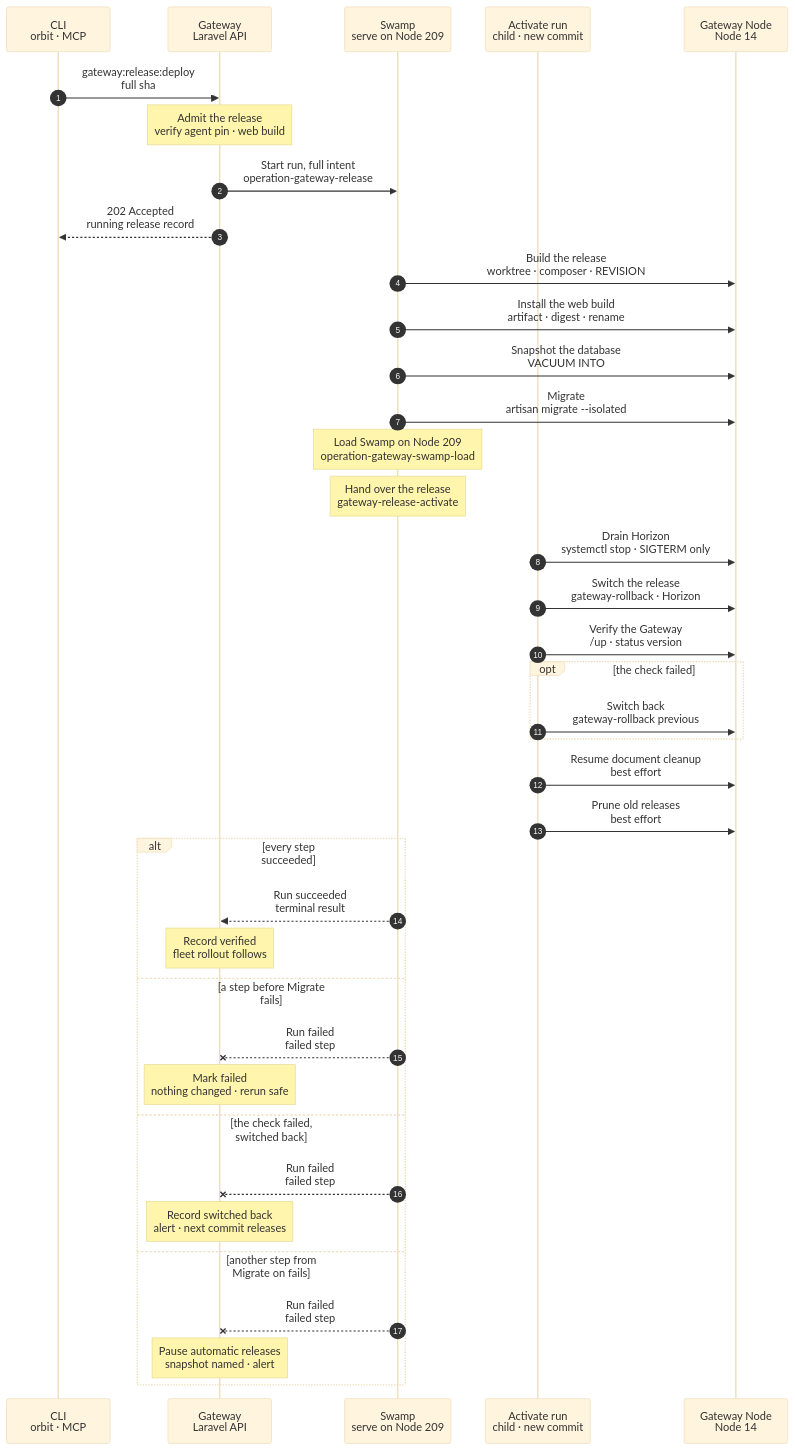
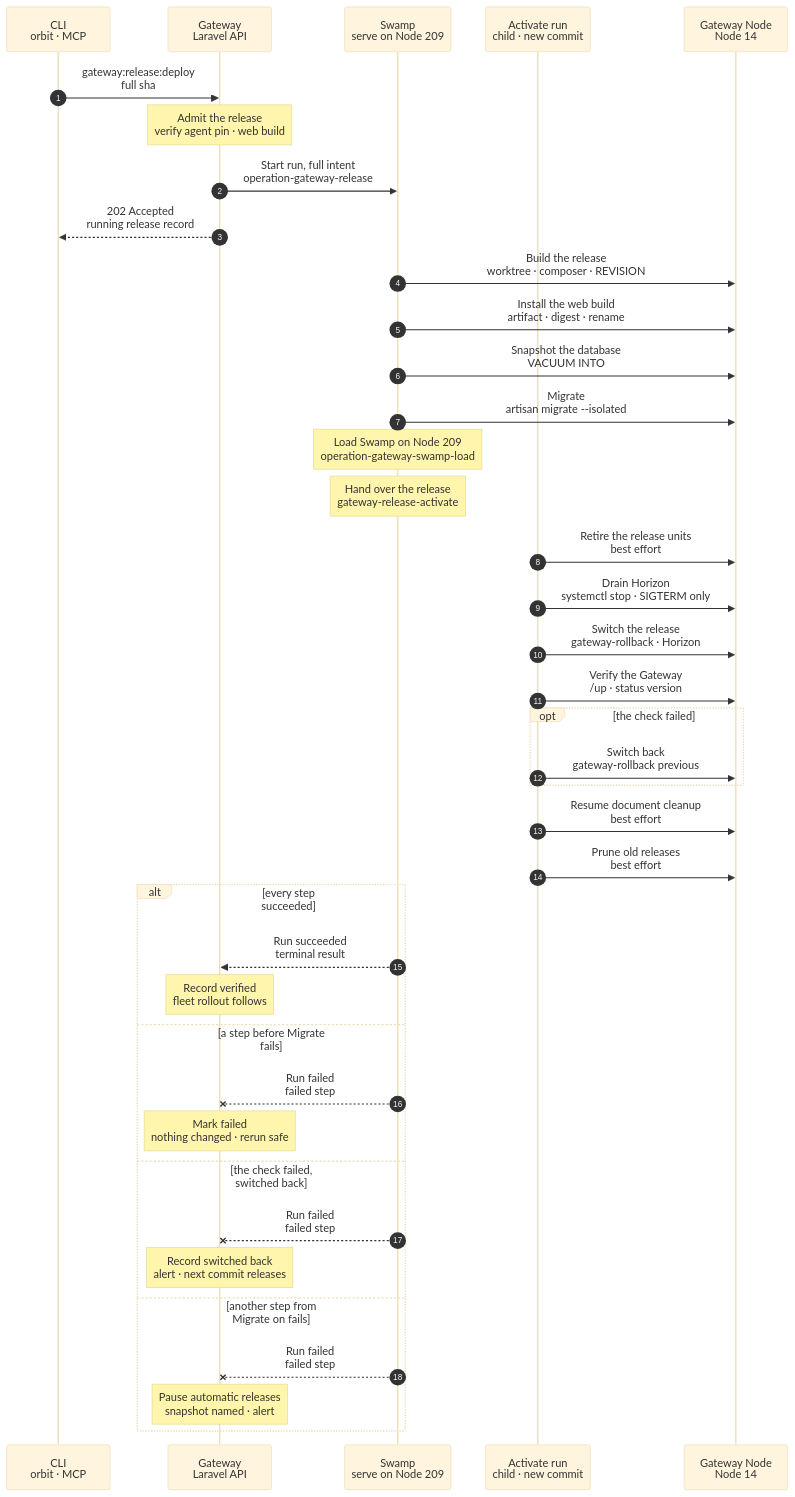
The diagram in docs/cli/gateway/release-deploy.mmd (hardimpactdev/orbit), drawn with Mermaid (base theme) before and after one commit. The commit also changed 122 other files, not shown here.

```diff
--- a/docs/cli/gateway/release-deploy.mmd
+++ b/docs/cli/gateway/release-deploy.mmd
@@ -1,72 +1,73 @@
 sequenceDiagram
   %% Target design: docs/reference/feature-flow.md section 6, one Swamp workflow per Gateway release, manual or automatic.
   %% A failed check switches back; migrations are expand and contract. docs/reference/gateway-recovery.md#release-as-a-swamp-run.
   %% status: reviewed
   %% command: gateway:release:deploy
   %% kind: gateway.release
   %% behavior name: gateway-release-<step>-209 (fixed)
   autonumber
   %% lane TR icon=terminal pill=caller tone=gray
   %% lane GW icon=gateway pill=intent tone=blue
   %% lane SW icon=workflow pill=executes tone=green
   %% lane AC icon=workflow pill=child tone=green
   %% lane GN icon=server pill=target tone=amber
   participant TR as CLI<br/>orbit · MCP
   participant GW as Gateway<br/>Laravel API
   participant SW as Swamp<br/>serve on Node 209
   participant AC as Activate run<br/>child · new commit
   participant GN as Gateway Node<br/>Node 14
   TR->>GW: gateway:release:deploy<br/>full sha
   %%> Command:
   %%> - `orbit gateway:release:deploy <full sha>`; the automatic tick admits the newest green commit the same way
   Note over GW: Admit the release<br/>verify agent pin · web build
   %%> Requirements:
-  %%> - the full commit; no other release queued or running; no staged hold
+  %%> - the full commit; no other release queued or running
   %%> - the agent pin passes its Sigstore check; CI published the commit's web build
   %%> Result:
   %%> - a running release record; the pin, artifact, Horizon unit and SSH targets frozen as inputs
   GW->>SW: Start run, full intent<br/>operation-gateway-release
   %%> What it does:
   %%> - at run start, mints one read token (contents, actions) into the vault
   GW-->>TR: 202 Accepted<br/>running release record
   SW->>GN: Build the release<br/>worktree · composer · REVISION
   %%> What it does:
   %%> - fetches the commit, refuses one that does not descend from the current release
   %%> - links shared env and storage, installs dependencies, seals with `REVISION` and a cached config
   %%> - a sealed release of the commit is reused
   SW->>GN: Install the web build<br/>artifact · digest · rename
   SW->>GN: Snapshot the database<br/>VACUUM INTO
   SW->>GN: Migrate<br/>artisan migrate --isolated
   %%> On failure:
   %%> - from here until the switch, the release pauses with the old release live
   Note over SW: Load Swamp on Node 209<br/>operation-gateway-swamp-load
   %%> What it does:
   %%> - the load child: checkout, grants the new release rendered, serve reload
   Note over SW: Hand over the release<br/>gateway-release-activate
   %%> Why:
   %%> - the child runs from the definition the load installed, so the switch runs the new commit's steps
+  AC->>GN: Retire the release units<br/>best effort
   AC->>GN: Drain Horizon<br/>systemctl stop · SIGTERM only
   AC->>GN: Switch the release<br/>gateway-rollback · Horizon
   %%> Why:
   %%> - the same script an operator rolls back with: links, PHP-FPM reload, running services restart
   AC->>GN: Verify the Gateway<br/>/up · status version
   opt the check failed
     AC->>GN: Switch back<br/>gateway-rollback previous
   end
   AC->>GN: Resume document cleanup<br/>best effort
   %%> Why:
   %%> - the scheduler restart paused the release cleanups; one that stays paused never fails the release
   AC->>GN: Prune old releases<br/>best effort
   alt every step succeeded
     SW-->>GW: Run succeeded<br/>terminal result
     Note over GW: Record verified<br/>fleet rollout follows
   else a step before Migrate fails
     SW--xGW: Run failed<br/>failed step
     Note over GW: Mark failed<br/>nothing changed · rerun safe
   else the check failed, switched back
     SW--xGW: Run failed<br/>failed step
     Note over GW: Record switched back<br/>alert · next commit releases
   else another step from Migrate on fails
     SW--xGW: Run failed<br/>failed step
     Note over GW: Pause automatic releases<br/>snapshot named · alert
   end
```
